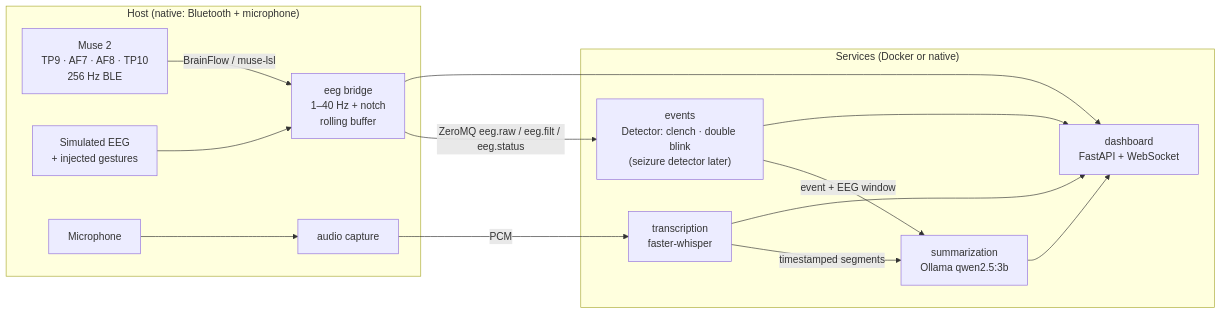
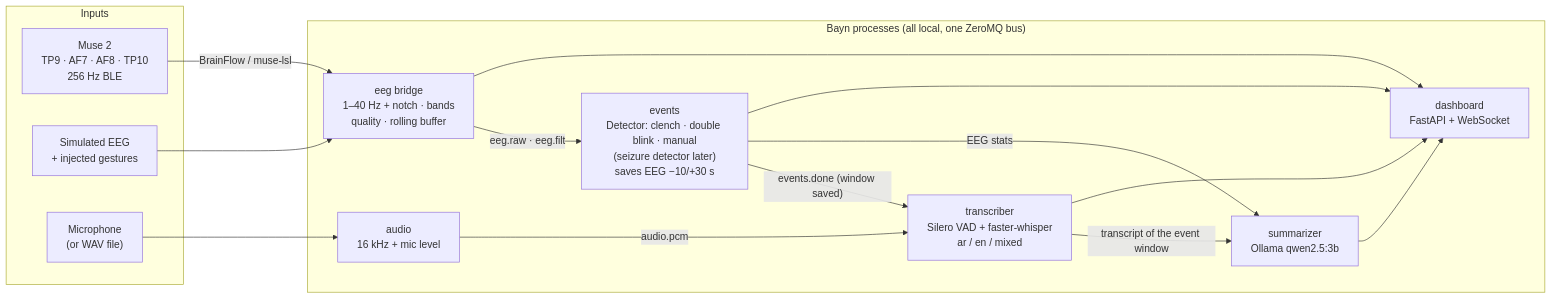
The diagram in README.md (Omar0Rawas/bayn), drawn with Mermaid before and after one commit. The commit also changed other lines of this file and 40 other files, not shown here.

````diff
--- a/README.md
+++ b/README.md
@@ -37,23 +37,28 @@
 ```mermaid
 flowchart LR
-    subgraph Host["Host (native: Bluetooth + microphone)"]
-        MUSE["Muse 2<br/>TP9 · AF7 · AF8 · TP10<br/>256 Hz BLE"] -->|BrainFlow / muse-lsl| BRIDGE
-        SIM["Simulated EEG<br/>+ injected gestures"] --> BRIDGE
-        BRIDGE["eeg bridge<br/>1–40 Hz + notch<br/>rolling buffer"]
-        MIC["Microphone"] --> AUDIO["audio capture"]
+    subgraph In["Inputs"]
+        MUSE["Muse 2<br/>TP9 · AF7 · AF8 · TP10<br/>256 Hz BLE"]
+        SIM["Simulated EEG<br/>+ injected gestures"]
+        MIC["Microphone<br/>(or WAV file)"]
     end
-    BRIDGE -->|"ZeroMQ eeg.raw / eeg.filt / eeg.status"| EVENTS
-    BRIDGE --> UI
-    subgraph Services["Services (Docker or native)"]
-        EVENTS["events<br/>Detector: clench · double blink<br/>(seizure detector later)"]
-        STT["transcription<br/>faster-whisper"]
-        SUM["summarization<br/>Ollama qwen2.5:3b"]
+    MUSE -->|BrainFlow / muse-lsl| BRIDGE
+    SIM --> BRIDGE
+    MIC --> AUDIO
+    subgraph Bayn["Bayn processes (all local, one ZeroMQ bus)"]
+        BRIDGE["eeg bridge<br/>1–40 Hz + notch · bands<br/>quality · rolling buffer"]
+        EVENTS["events<br/>Detector: clench · double blink · manual<br/>(seizure detector later)<br/>saves EEG −10/+30 s"]
+        AUDIO["audio<br/>16 kHz + mic level"]
+        STT["transcriber<br/>Silero VAD + faster-whisper<br/>ar / en / mixed"]
+        SUM["summarizer<br/>Ollama qwen2.5:3b"]
         UI["dashboard<br/>FastAPI + WebSocket"]
     end
-    AUDIO -->|PCM| STT
-    EVENTS -->|"event + EEG window"| SUM
-    STT -->|timestamped segments| SUM
+    BRIDGE -->|eeg.raw · eeg.filt| EVENTS
+    AUDIO -->|audio.pcm| STT
+    EVENTS -->|"events.done (window saved)"| STT
+    STT -->|"transcript of the event window"| SUM
+    EVENTS -->|EEG stats| SUM
+    BRIDGE --> UI
+    EVENTS --> UI
     STT --> UI
-    EVENTS --> UI
     SUM --> UI
 ```
````
